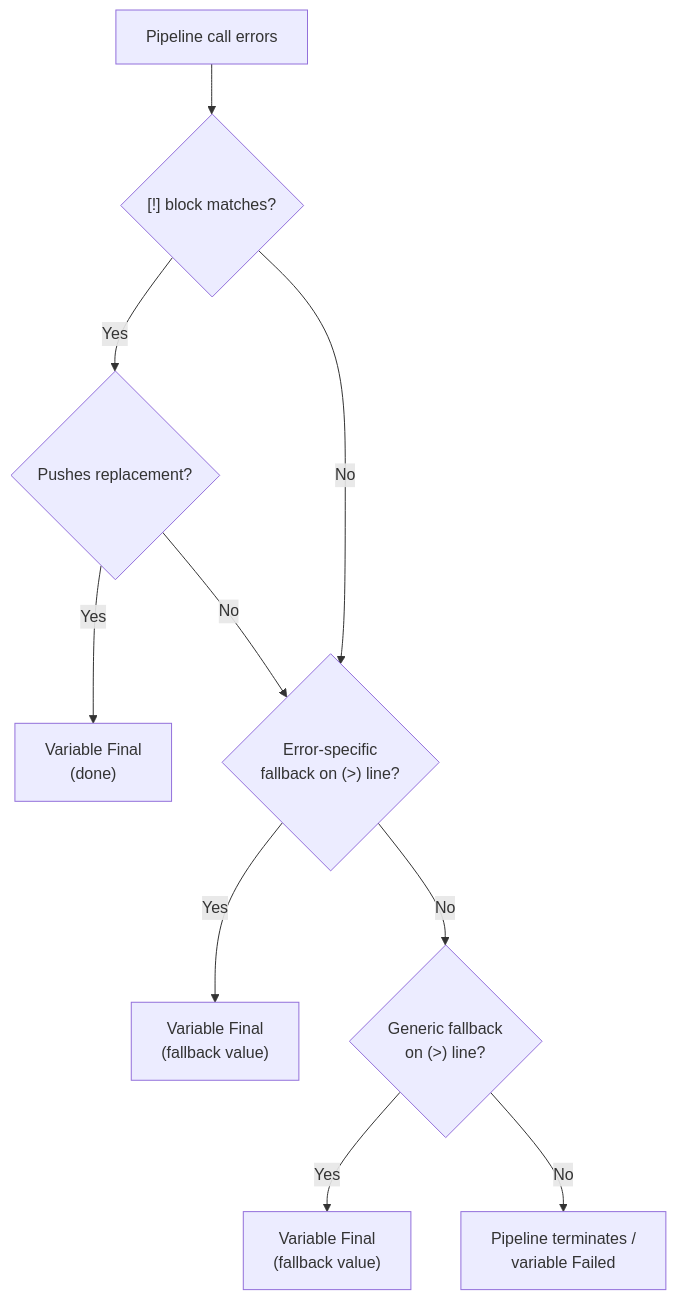
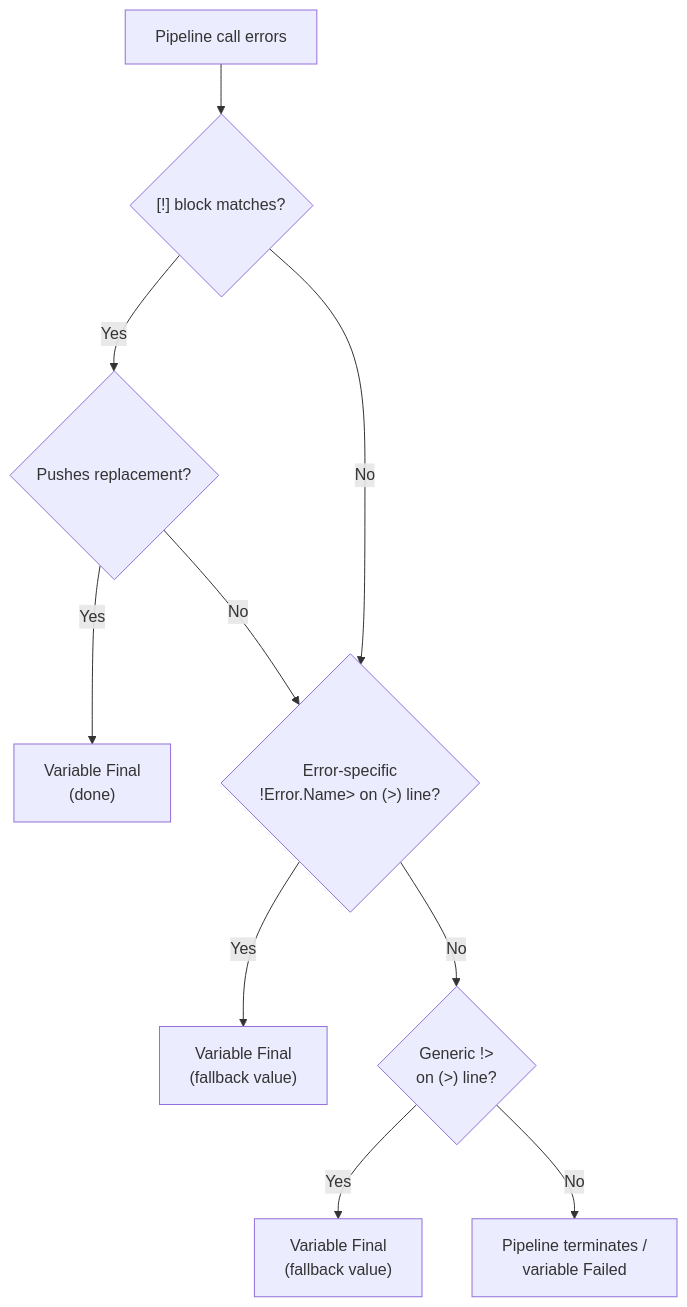
Before and after one commit to hasan-alj88/Polyglot: the second of 2 diagrams in docs/user/concepts/errors.md, drawn with Mermaid. The commit also changed other lines of this file and 30 other files, not shown here.

````diff
--- a/docs/user/concepts/errors.md
+++ b/docs/user/concepts/errors.md
@@ -290,22 +291,22 @@
 ```mermaid
 flowchart TD
     E["Pipeline call errors"]
     M{"[!] block matches?"}
     R{"Pushes replacement?"}
     F1["Variable Final\n(done)"]
-    S{"Error-specific\nfallback on (>) line?"}
-    G{"Generic fallback\non (>) line?"}
+    S{"Error-specific\n!Error.Name> on (>) line?"}
+    G{"Generic !>\non (>) line?"}
     F2["Variable Final\n(fallback value)"]
     F3["Variable Final\n(fallback value)"]
     T["Pipeline terminates /\nvariable Failed"]
 
     E --> M
     M -- Yes --> R
     M -- No --> S
     R -- Yes --> F1
     R -- No --> S
     S -- Yes --> F2
     S -- No --> G
     G -- Yes --> F3
     G -- No --> T
 ```
````
